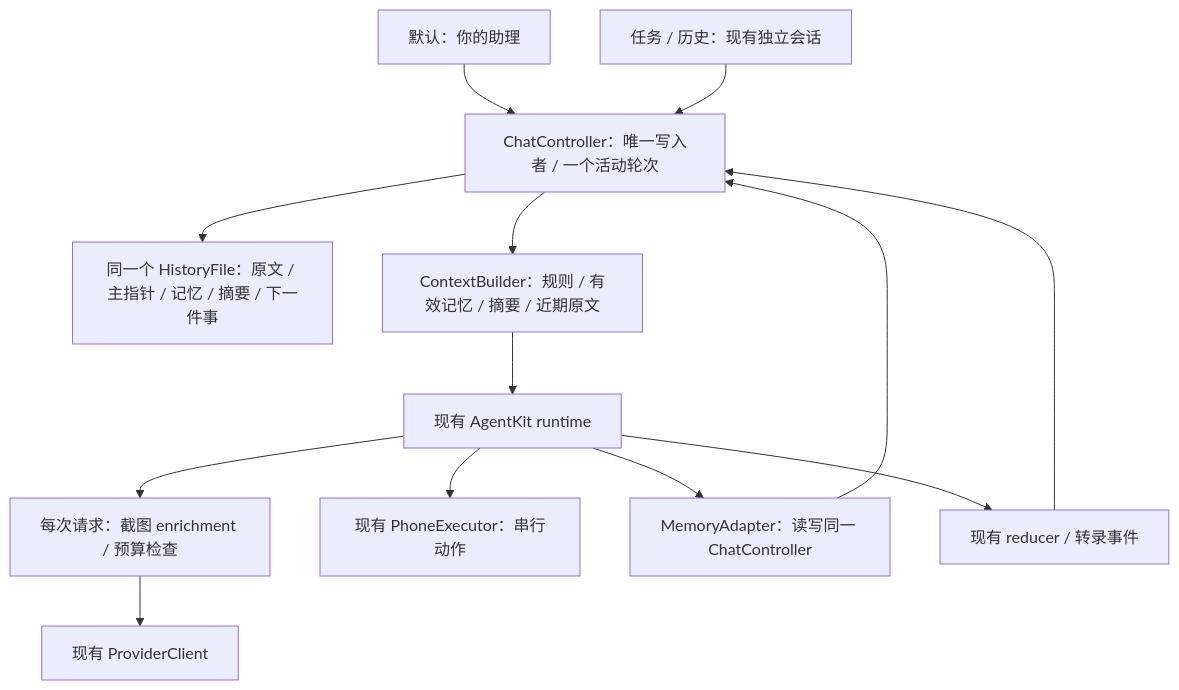
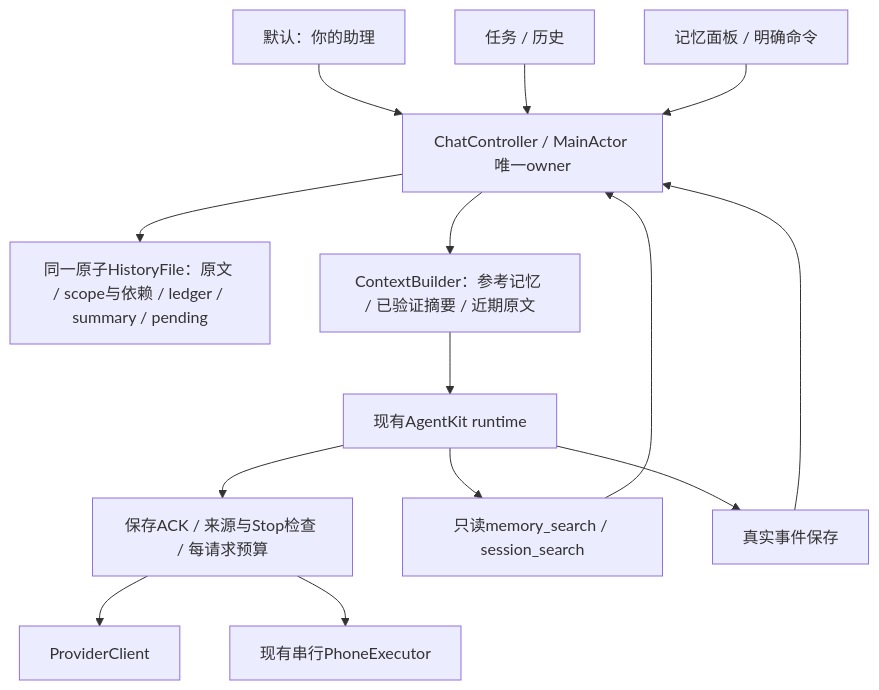
One commit to Borealin/PocketAgent changed the second of 2 diagrams in docs/long-lived-assistant.md. Above: the diagram before and after it, drawn with Mermaid. The commit also changed other lines of this file and 1 other file, not shown here.

Commit message:
docs: finalize long-lived assistant design after model review

````diff
--- a/docs/long-lived-assistant.md
+++ b/docs/long-lived-assistant.md
@@ -298,15 +304,16 @@
 ```mermaid
 flowchart TD
-    HOME[默认：你的助理] --> CTRL[ChatController：唯一写入者 / 一个活动轮次]
-    OLD[任务 / 历史：现有独立会话] --> CTRL
-    CTRL --> FILE[同一个 HistoryFile：原文 / 主指针 / 记忆 / 摘要 / 下一件事]
-    CTRL --> BUILD[ContextBuilder：规则 / 有效记忆 / 摘要 / 近期原文]
-    BUILD --> LOOP[现有 AgentKit runtime]
-    LOOP --> BUDGET[每次请求：截图 enrichment / 预算检查]
-    BUDGET --> MODEL[现有 ProviderClient]
-    LOOP --> PHONE[现有 PhoneExecutor：串行动作]
-    LOOP --> MEM[MemoryAdapter：读写同一 ChatController]
-    LOOP --> EVENTS[现有 reducer / 转录事件]
-    MEM --> CTRL
+    HOME[默认：你的助理] --> CTRL[ChatController / MainActor 唯一owner]
+    OLD[任务 / 历史] --> CTRL
+    EDIT[记忆面板 / 明确命令] --> CTRL
+    CTRL --> FILE[同一原子HistoryFile：原文 / scope与依赖 / ledger / summary / pending]
+    CTRL --> BUILD[ContextBuilder：参考记忆 / 已验证摘要 / 近期原文]
+    BUILD --> LOOP[现有AgentKit runtime]
+    LOOP --> GATE[保存ACK / 来源与Stop检查 / 每请求预算]
+    GATE --> MODEL[ProviderClient]
+    GATE --> PHONE[现有串行PhoneExecutor]
+    LOOP --> READ[只读memory_search / session_search]
+    READ --> CTRL
+    LOOP --> EVENTS[真实事件保存]
     EVENTS --> CTRL
 ```
````
